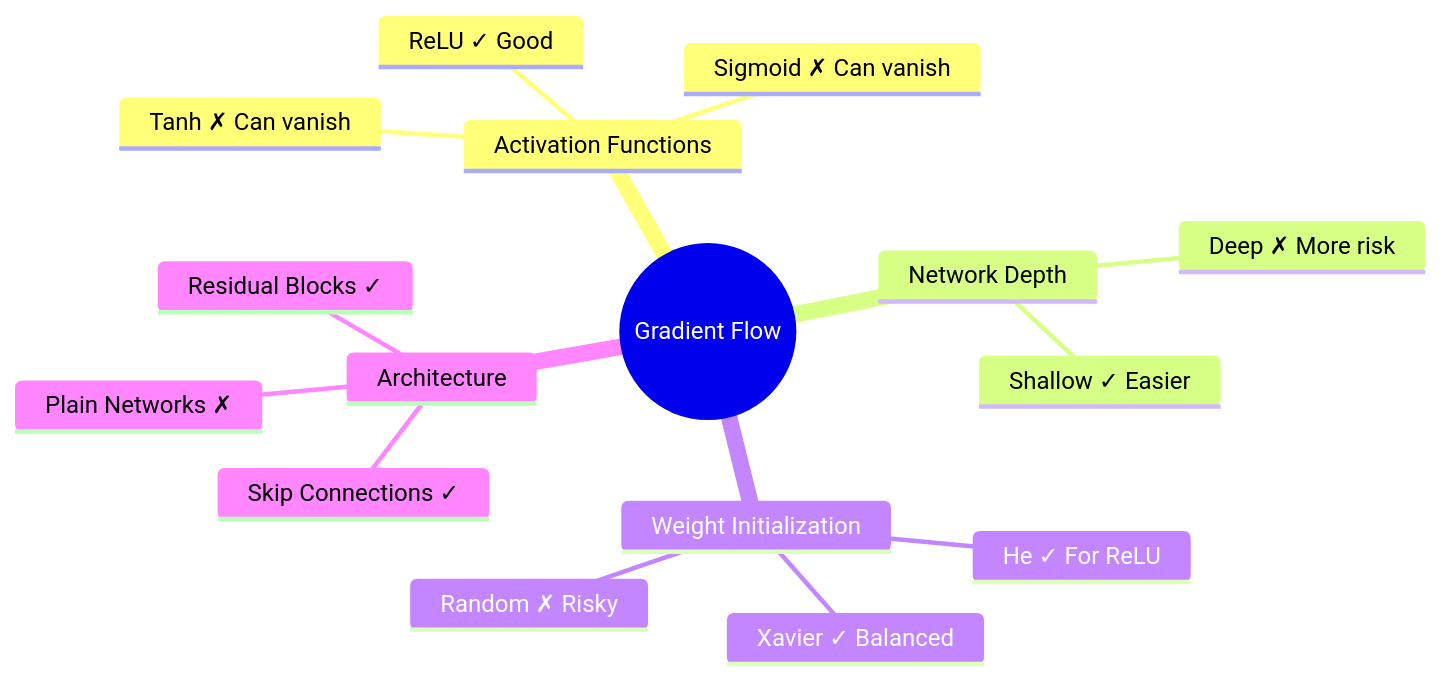
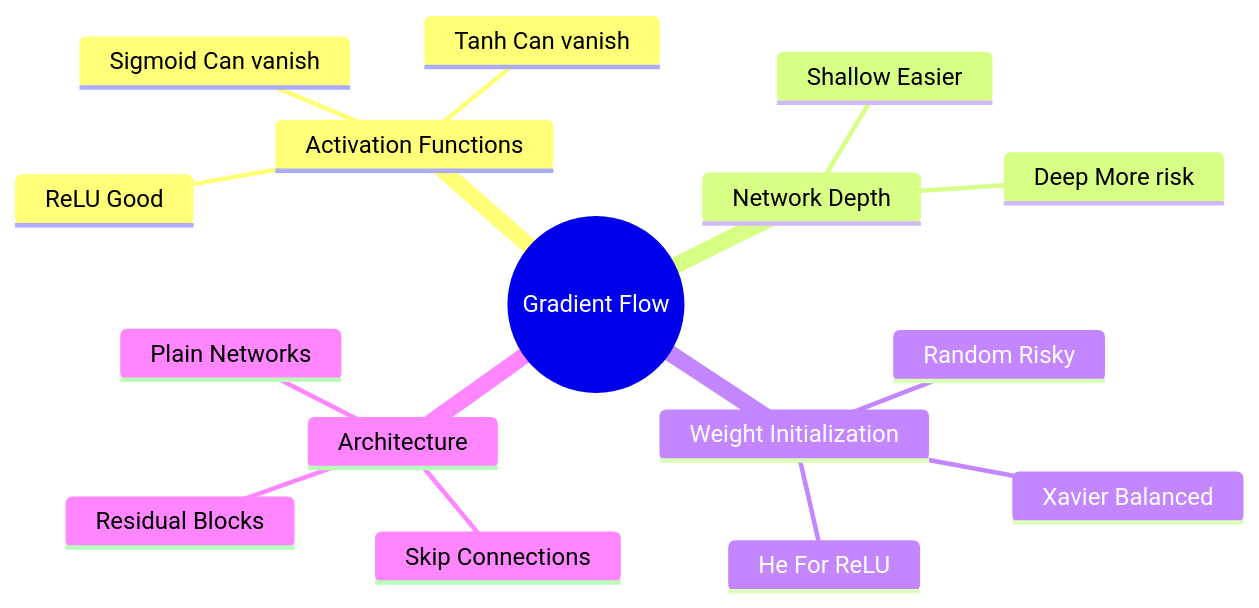
One commit to Vtheonly/Obsidian_Notes changed the sixth of 22 diagrams in AI/Non Academic/Machine Learning/04. Artificial Neural Networks (ANN) & Deep Learning.md. Above: the diagram before and after it, drawn with Mermaid. The commit also changed other lines of this file and 148 other files, not shown here.

````diff
--- a/AI/Non Academic/Machine Learning/04. Artificial Neural Networks (ANN) & Deep Learning.md
+++ b/AI/Non Academic/Machine Learning/04. Artificial Neural Networks (ANN) & Deep Learning.md
@@ -372,19 +372,19 @@
 ```mermaid
 mindmap
     root((Gradient Flow))
         Activation Functions
-            ReLU ✓ Good
-            Sigmoid ✗ Can vanish
-            Tanh ✗ Can vanish
+            ReLU  Good
+            Sigmoid  Can vanish
+            Tanh  Can vanish
         Network Depth
-            Shallow ✓ Easier
-            Deep ✗ More risk
+            Shallow  Easier
+            Deep  More risk
         Weight Initialization
-            Xavier ✓ Balanced
-            He ✓ For ReLU
-            Random ✗ Risky
+            Xavier  Balanced
+            He  For ReLU
+            Random  Risky
         Architecture
-            Skip Connections ✓
-            Residual Blocks ✓
-            Plain Networks ✗
+            Skip Connections 
+            Residual Blocks 
+            Plain Networks 
 ```
````
